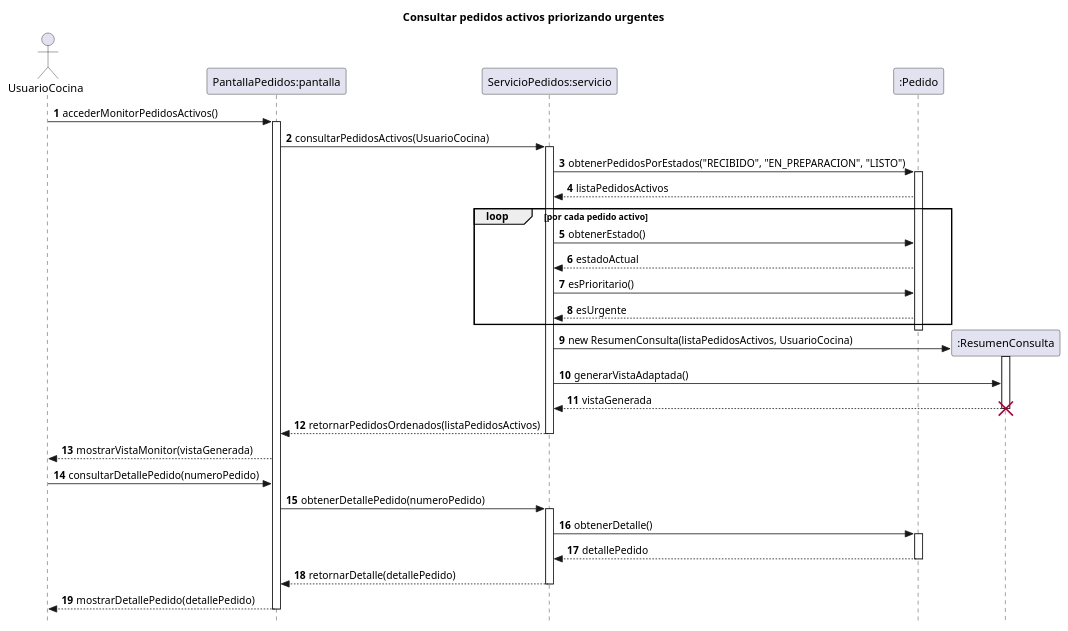
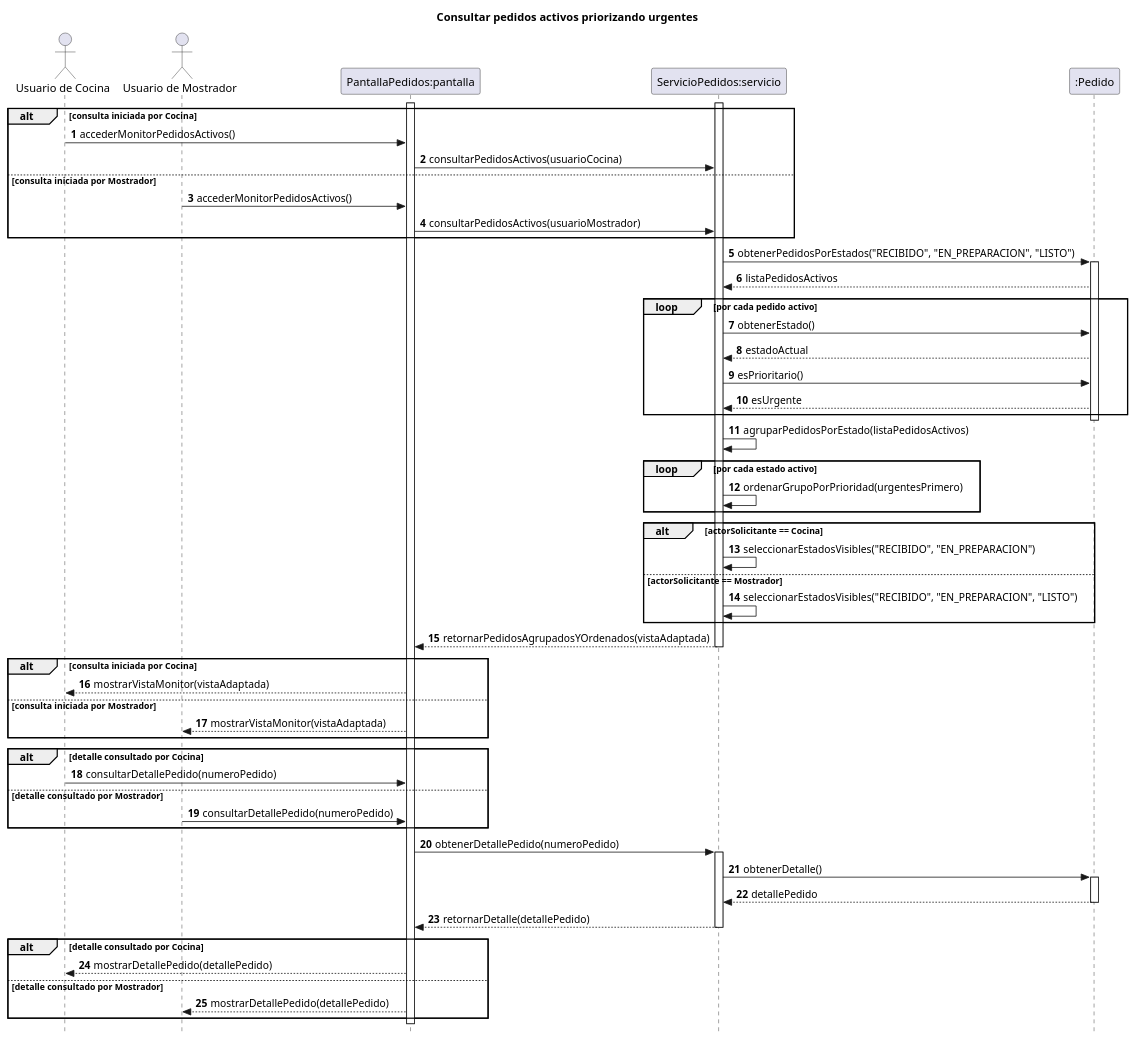
One commit to eloeyhe/SistemaPedidos changed the diagram in diagramas/05-diagramas-secuencia/05-secuencia-consultar-pedidos-activos-prioridad-urgentes-05.puml. Above: the diagram before and after it, drawn with PlantUML. The commit also changed 3 other files, not shown here.

Commit message:
Realizo correcciones segun hallazgos en diagramas 01 y 05

```diff
--- a/diagramas/05-diagramas-secuencia/05-secuencia-consultar-pedidos-activos-prioridad-urgentes-05.puml
+++ b/diagramas/05-diagramas-secuencia/05-secuencia-consultar-pedidos-activos-prioridad-urgentes-05.puml
@@ -1,64 +1,82 @@
 @startuml
 title Consultar pedidos activos priorizando urgentes
 
 autonumber
 skinparam style strictuml
 hide footbox
 
-actor UsuarioCocina
+actor "Usuario de Cocina" as usuarioCocina
+actor "Usuario de Mostrador" as usuarioMostrador
 participant "PantallaPedidos:pantalla" as pantalla
 participant "ServicioPedidos:servicio" as servicio
 participant ":Pedido" as pedido
-participant ":ResumenConsulta" as resumen
 
-UsuarioCocina -> pantalla : accederMonitorPedidosActivos()
 activate pantalla
+alt consulta iniciada por Cocina
+    usuarioCocina -> pantalla : accederMonitorPedidosActivos()
+    pantalla -> servicio : consultarPedidosActivos(usuarioCocina)
+else consulta iniciada por Mostrador
+    usuarioMostrador -> pantalla : accederMonitorPedidosActivos()
+    pantalla -> servicio : consultarPedidosActivos(usuarioMostrador)
+end
 
-pantalla -> servicio : consultarPedidosActivos(UsuarioCocina)
 activate servicio
 
 servicio -> pedido : obtenerPedidosPorEstados("RECIBIDO", "EN_PREPARACION", "LISTO")
 activate pedido
 
 pedido --> servicio : listaPedidosActivos
 
 loop por cada pedido activo
     servicio -> pedido : obtenerEstado()
     pedido --> servicio : estadoActual
     servicio -> pedido : esPrioritario()
     pedido --> servicio : esUrgente
 end
-
 deactivate pedido
 
-create resumen
-servicio -> resumen : new ResumenConsulta(listaPedidosActivos, UsuarioCocina)
-activate resumen
+servicio -> servicio : agruparPedidosPorEstado(listaPedidosActivos)
+loop por cada estado activo
+    servicio -> servicio : ordenarGrupoPorPrioridad(urgentesPrimero)
+end
 
-servicio -> resumen : generarVistaAdaptada()
-resumen --> servicio : vistaGenerada
-deactivate resumen
-destroy resumen
+alt actorSolicitante == Cocina
+    servicio -> servicio : seleccionarEstadosVisibles("RECIBIDO", "EN_PREPARACION")
+else actorSolicitante == Mostrador
+    servicio -> servicio : seleccionarEstadosVisibles("RECIBIDO", "EN_PREPARACION", "LISTO")
+end
 
-servicio --> pantalla : retornarPedidosOrdenados(listaPedidosActivos)
+servicio --> pantalla : retornarPedidosAgrupadosYOrdenados(vistaAdaptada)
 deactivate servicio
 
-pantalla --> UsuarioCocina : mostrarVistaMonitor(vistaGenerada)
+alt consulta iniciada por Cocina
+    pantalla --> usuarioCocina : mostrarVistaMonitor(vistaAdaptada)
+else consulta iniciada por Mostrador
+    pantalla --> usuarioMostrador : mostrarVistaMonitor(vistaAdaptada)
+end
 
-UsuarioCocina -> pantalla : consultarDetallePedido(numeroPedido)
+alt detalle consultado por Cocina
+    usuarioCocina -> pantalla : consultarDetallePedido(numeroPedido)
+else detalle consultado por Mostrador
+    usuarioMostrador -> pantalla : consultarDetallePedido(numeroPedido)
+end
 pantalla -> servicio : obtenerDetallePedido(numeroPedido)
 activate servicio
 
 servicio -> pedido : obtenerDetalle()
 activate pedido
 
 pedido --> servicio : detallePedido
 deactivate pedido
 
 servicio --> pantalla : retornarDetalle(detallePedido)
 deactivate servicio
 
-pantalla --> UsuarioCocina : mostrarDetallePedido(detallePedido)
+alt detalle consultado por Cocina
+    pantalla --> usuarioCocina : mostrarDetallePedido(detallePedido)
+else detalle consultado por Mostrador
+    pantalla --> usuarioMostrador : mostrarDetallePedido(detallePedido)
+end
 deactivate pantalla
 
 @enduml
```
